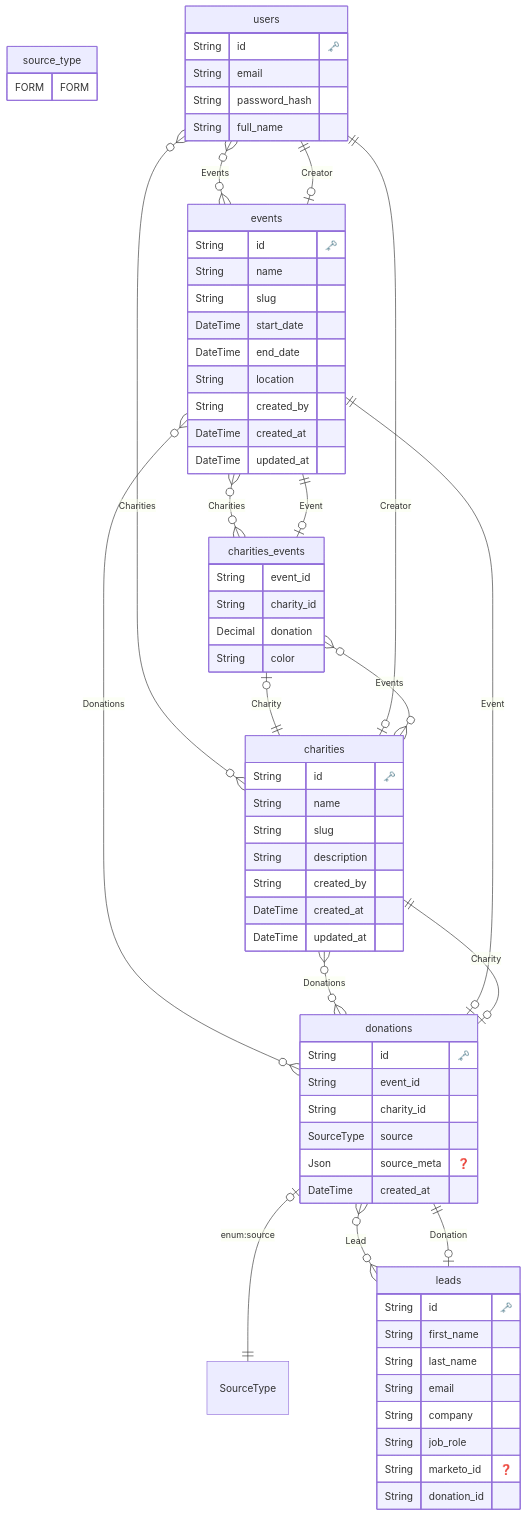
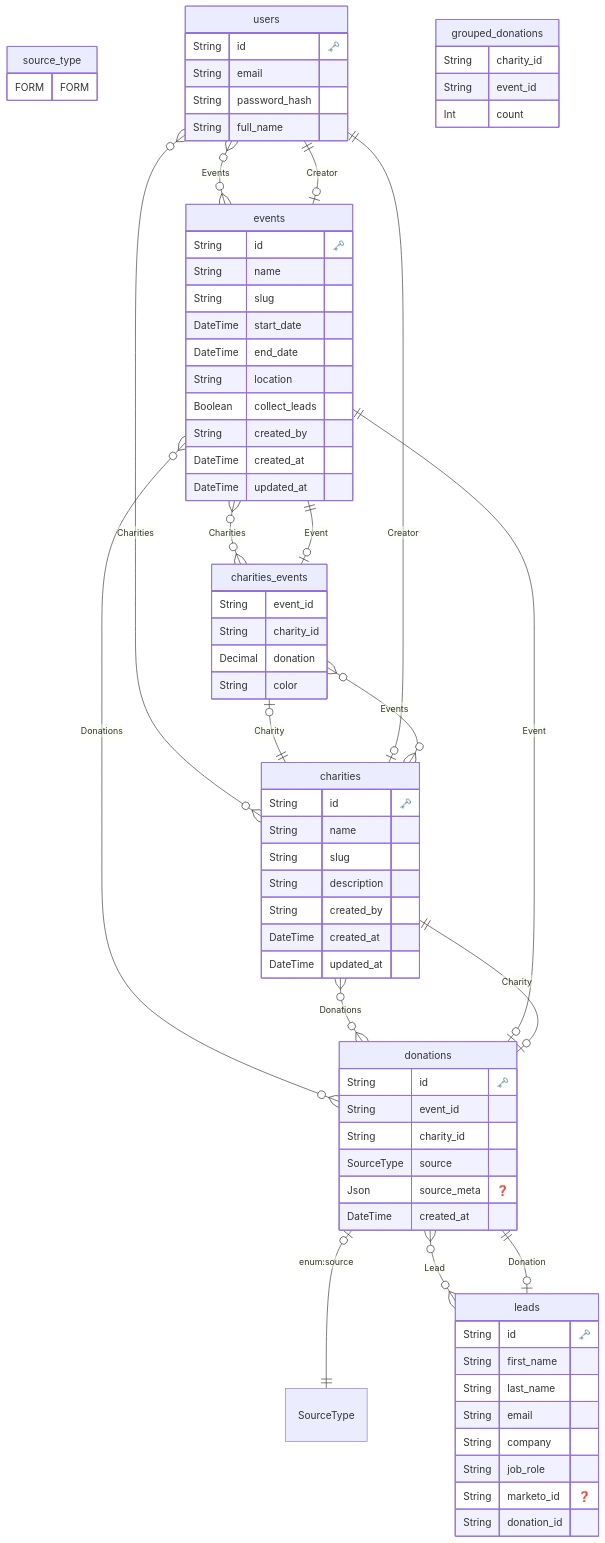
Before and after one commit to aydrian/event-charity-activations: the diagram in erd.md, drawn with Mermaid. The commit also changed 5 other files, not shown here.

```diff
--- a/erd.md
+++ b/erd.md
@@ -20,6 +20,7 @@
     DateTime start_date 
     DateTime end_date 
     String location 
+    Boolean collect_leads 
     String created_by 
     DateTime created_at 
     DateTime updated_at 
@@ -66,6 +67,13 @@
     String donation_id 
     }
   
+
+  "grouped_donations" {
+    String charity_id 
+    String event_id 
+    Int count 
+    }
+  
     "users" o{--}o "events" : "Events"
     "users" o{--}o "charities" : "Charities"
     "events" o|--|| "users" : "Creator"
```
